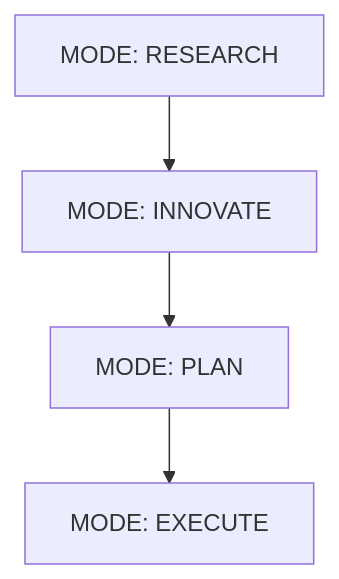
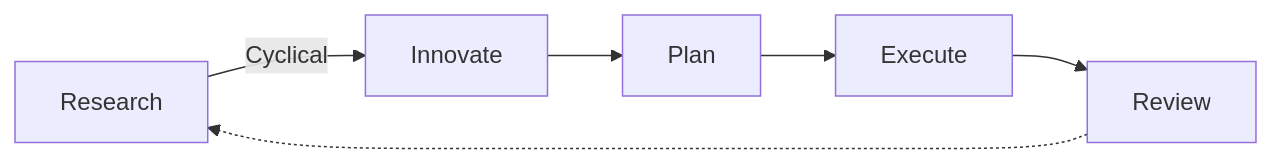
The second of 2 diagrams in README.md (johnpeterman72/cursor_memory_riper_framework), drawn with Mermaid before and after one commit.

````diff
--- a/README.md
+++ b/README.md
@@ -24,6 +24,8 @@
 ```mermaid
-flowchart TD
-    RESEARCH[MODE: RESEARCH] --> INNOVATE[MODE: INNOVATE]
-    INNOVATE --> PLAN[MODE: PLAN]
-    PLAN --> EXECUTE[MODE: EXECUTE]
-```  
+flowchart LR
+    R[Research] -->|Cyclical| I[Innovate]
+    I --> P[Plan]
+    P --> E[Execute]
+    E --> Rev[Review]
+    Rev -.-> R
+```
````
